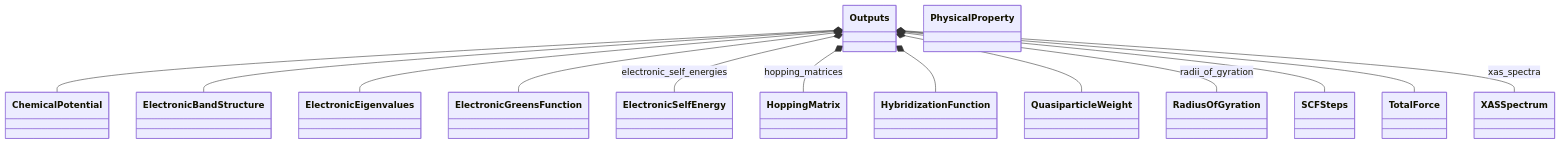
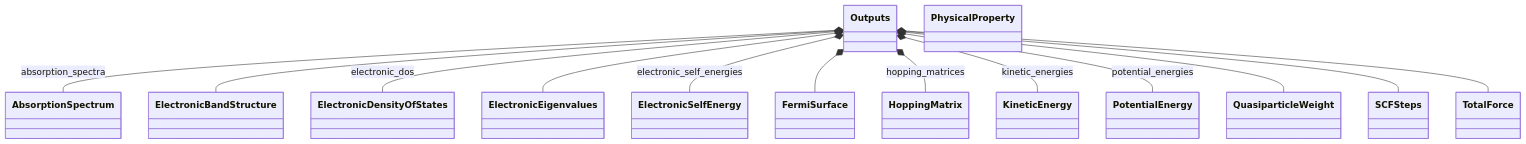
Before and after one commit to FAIRmat-NFDI/nomad-simulations: the first of 2 diagrams in docs/schema/outputs.diagram.md, drawn with Mermaid. The commit also changed 27 other files, not shown here.

````diff
--- a/docs/schema/outputs.diagram.md
+++ b/docs/schema/outputs.diagram.md
@@ -14,43 +14,43 @@
 ```mermaid
 classDiagram
-    class ChemicalPotential {
+    class AbsorptionSpectrum {
     }
     class ElectronicBandStructure {
     }
+    class ElectronicDensityOfStates {
+    }
     class ElectronicEigenvalues {
-    }
-    class ElectronicGreensFunction {
     }
     class ElectronicSelfEnergy {
     }
+    class FermiSurface {
+    }
     class HoppingMatrix {
     }
-    class HybridizationFunction {
+    class KineticEnergy {
     }
     class Outputs {
     }
     class PhysicalProperty {
     }
+    class PotentialEnergy {
+    }
     class QuasiparticleWeight {
-    }
-    class RadiusOfGyration {
     }
     class SCFSteps {
     }
     class TotalForce {
     }
-    class XASSpectrum {
-    }
-    Outputs *-- ChemicalPotential
+    Outputs *-- AbsorptionSpectrum : absorption_spectra
     Outputs *-- ElectronicBandStructure
+    Outputs *-- ElectronicDensityOfStates : electronic_dos
     Outputs *-- ElectronicEigenvalues
-    Outputs *-- ElectronicGreensFunction
     Outputs *-- ElectronicSelfEnergy : electronic_self_energies
+    Outputs *-- FermiSurface
     Outputs *-- HoppingMatrix : hopping_matrices
-    Outputs *-- HybridizationFunction
+    Outputs *-- KineticEnergy : kinetic_energies
+    Outputs *-- PotentialEnergy : potential_energies
     Outputs *-- QuasiparticleWeight
-    Outputs *-- RadiusOfGyration : radii_of_gyration
     Outputs *-- SCFSteps
     Outputs *-- TotalForce
-    Outputs *-- XASSpectrum : xas_spectra
 ```
````
